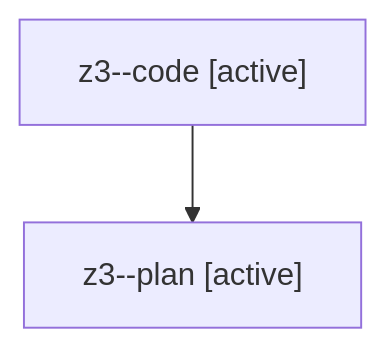
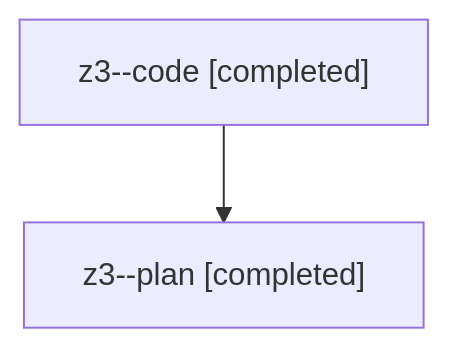
One commit to sase-org/sase--agents changed the diagram in families/bbugyi200.athena.z3.md. Above: the diagram before and after it, drawn with Mermaid. The commit also changed other lines of this file and 1607 other files, not shown here.

````diff
--- a/families/bbugyi200.athena.z3.md
+++ b/families/bbugyi200.athena.z3.md
@@ -9,6 +9,6 @@
 ```mermaid
 flowchart TD
-  n0["z3--code [active]"]
-  n1["z3--plan [active]"]
+  n0["z3--code [completed]"]
+  n1["z3--plan [completed]"]
   n0 --> n1
 ```
````
